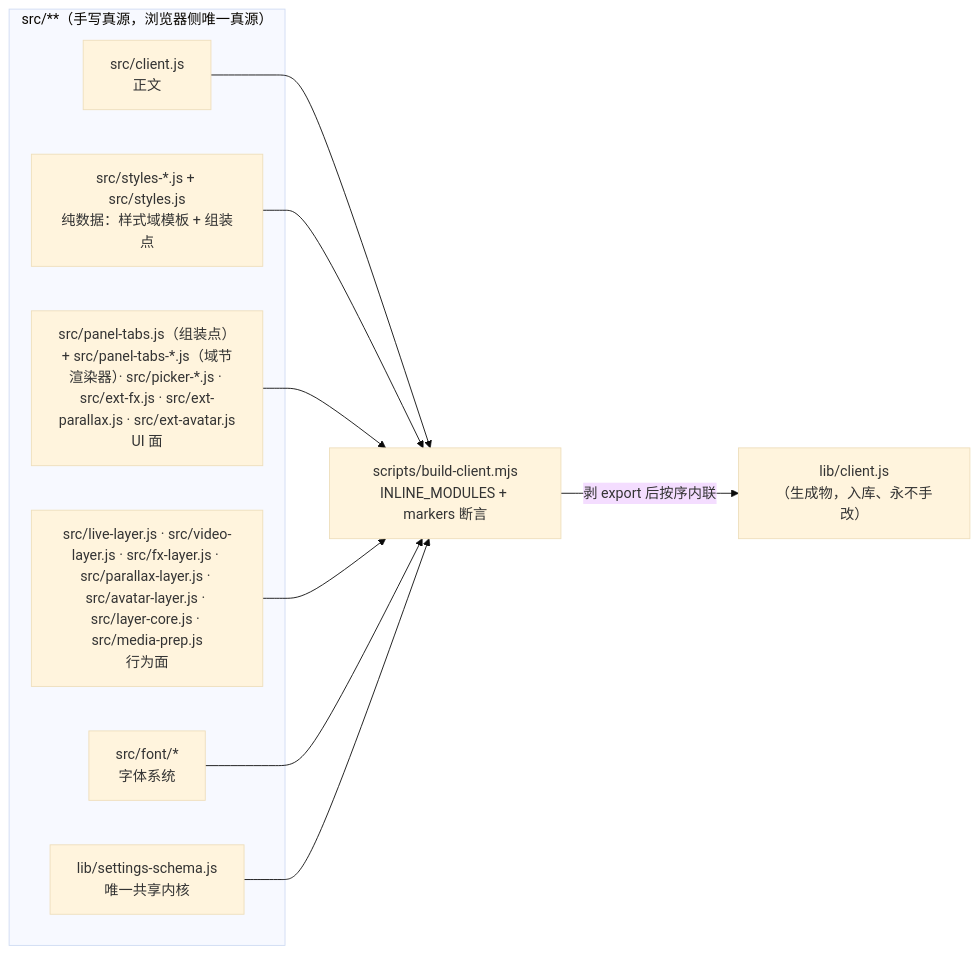
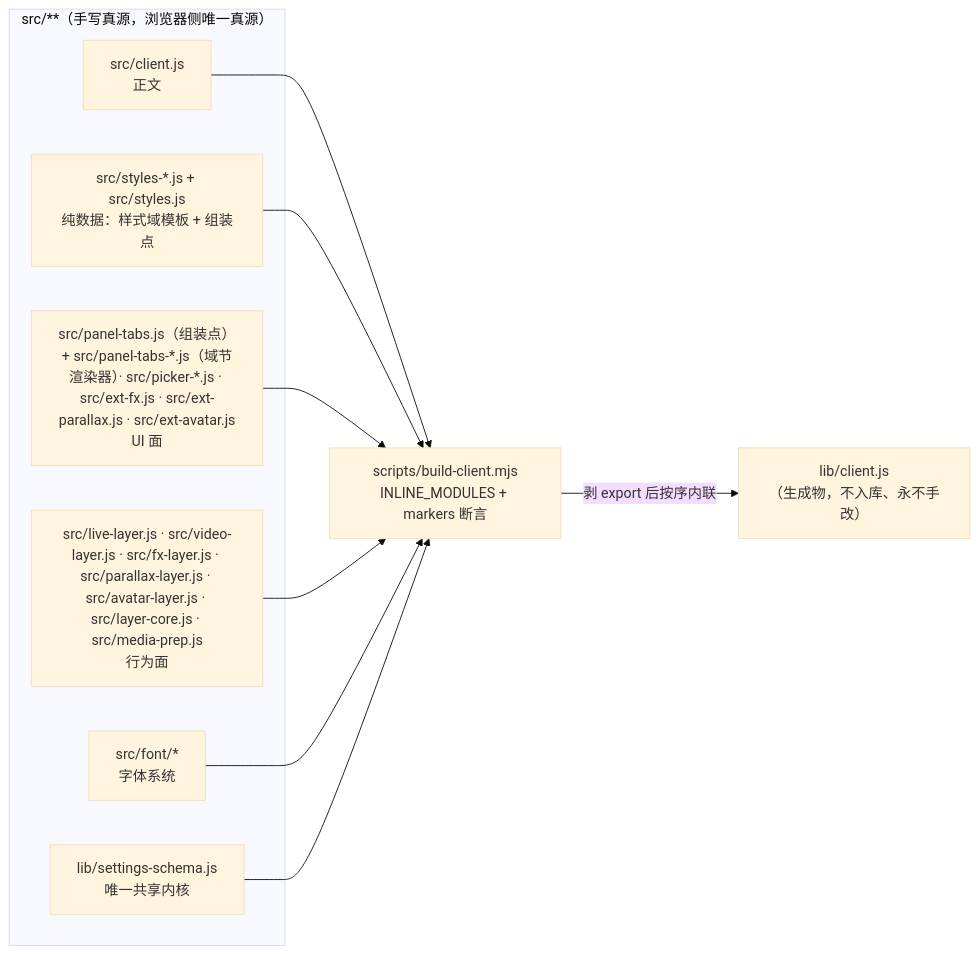
The fourth of 5 diagrams in docs/CODE-STRUCTURE.md (elysia395/dsh-wallpaper-engine), drawn with Mermaid (base theme) before and after one commit. The commit also changed other lines of this file and 34 other files, not shown here.

First line of the commit message:
chore(治理): 产物出库 + 展示图迁 Release 外链 + issue 认领体系（#212）

````diff
--- a/docs/CODE-STRUCTURE.md
+++ b/docs/CODE-STRUCTURE.md
@@ -212,18 +212,18 @@
 ```mermaid
 graph LR
     subgraph SRC["src/**（手写真源，浏览器侧唯一真源）"]
         C["src/client.js<br/>正文"]
         A["src/styles-*.js + src/styles.js<br/>纯数据：样式域模板 + 组装点"]
         B["src/panel-tabs.js（组装点）+ src/panel-tabs-*.js（域节渲染器）· src/picker-*.js · src/ext-fx.js · src/ext-parallax.js · src/ext-avatar.js<br/>UI 面"]
         D["src/live-layer.js · src/video-layer.js · src/fx-layer.js · src/parallax-layer.js · src/avatar-layer.js · src/layer-core.js · src/media-prep.js<br/>行为面"]
         E["src/font/*<br/>字体系统"]
         F["lib/settings-schema.js<br/>唯一共享内核"]
     end
     C --> BUILD["scripts/build-client.mjs<br/>INLINE_MODULES + markers 断言"]
     A --> BUILD
     B --> BUILD
     D --> BUILD
     E --> BUILD
     F --> BUILD
-    BUILD -->|剥 export 后按序内联| OUT["lib/client.js<br/>（生成物，入库、永不手改）"]
+    BUILD -->|剥 export 后按序内联| OUT["lib/client.js<br/>（生成物，不入库、永不手改）"]
 ```
````
